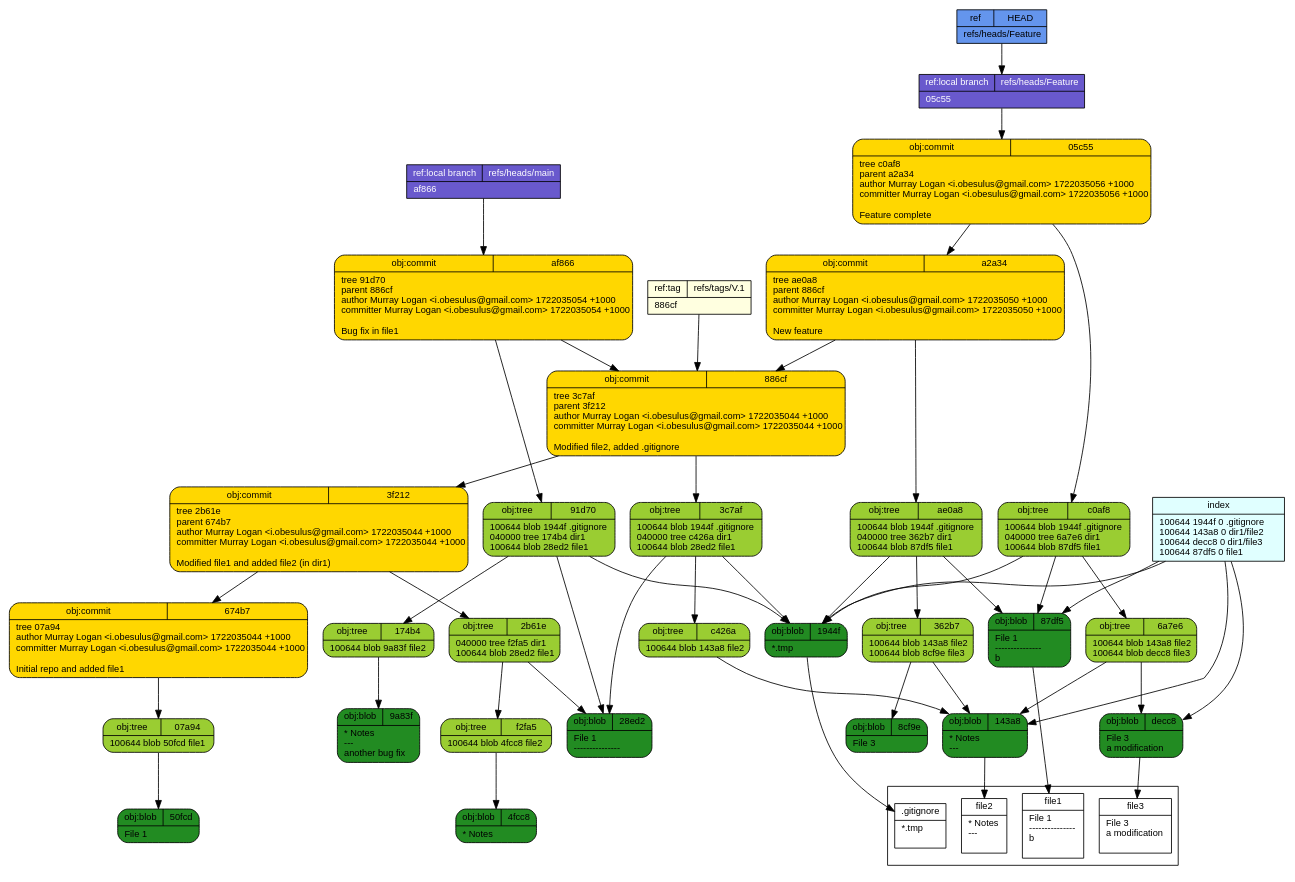
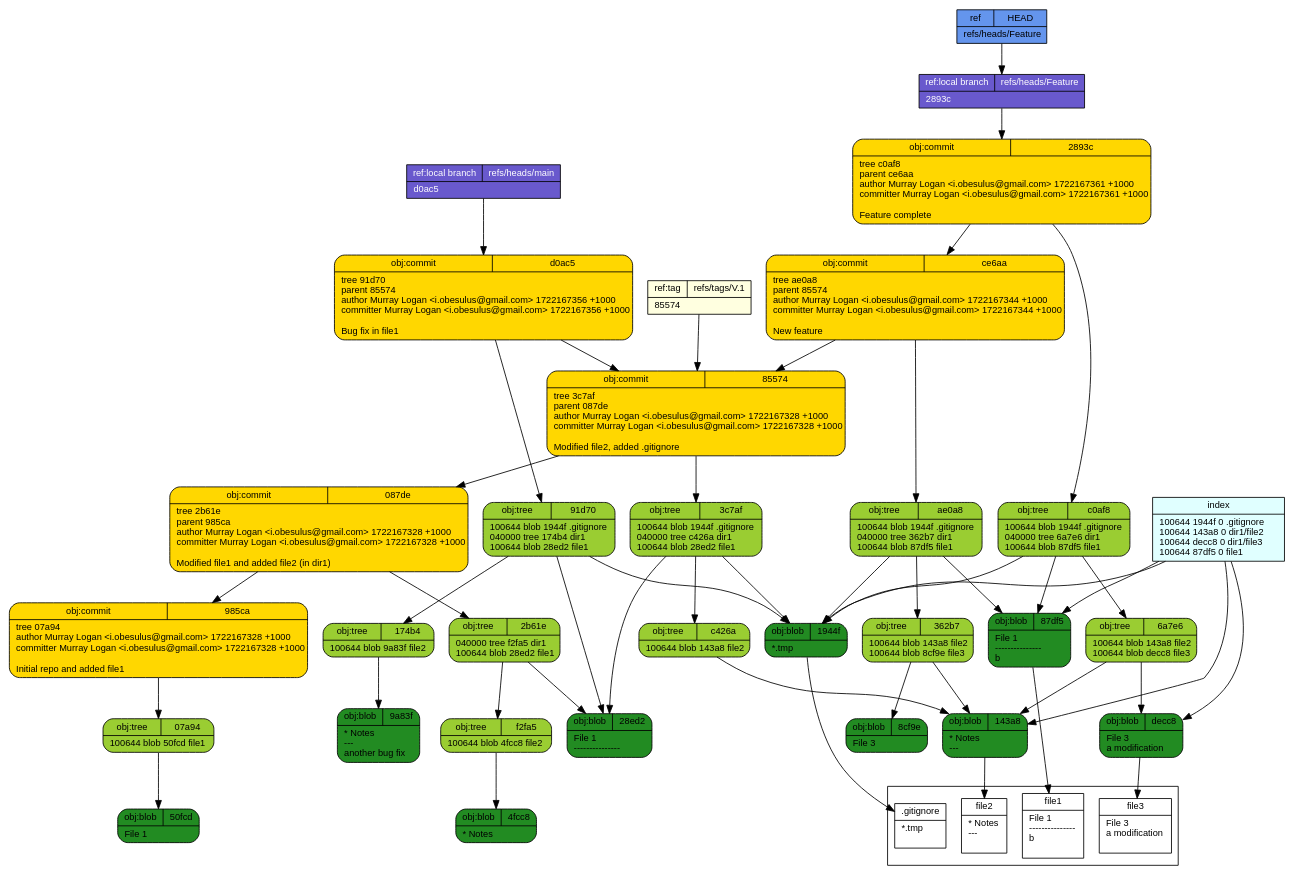
The diagram in tut/git-draw.dot (pcinereus/SUYRs_documents), drawn with Graphviz before and after one commit.

Commit message:
put fonts in

```diff
--- a/tut/git-draw.dot
+++ b/tut/git-draw.dot
@@ -1,59 +1,59 @@
 digraph structs {
   node [shape=record,fontsize=11,fontname="arial"];
   rankdir="TB";
+  _985ca [fillcolor="gold", style="filled,rounded", label="{{obj:commit|985ca}|tree\ 07a94\lauthor\ Murray\ Logan\ \<i\.obesulus\@gmail\.com\>\ 1722167328\ \+1000\lcommitter\ Murray\ Logan\ \<i\.obesulus\@gmail\.com\>\ 1722167328\ \+1000\l\lInitial\ repo\ and\ added\ file1\l}"]  _985ca -> _07a94
+  _85574 [fillcolor="gold", style="filled,rounded", label="{{obj:commit|85574}|tree\ 3c7af\lparent\ 087de\lauthor\ Murray\ Logan\ \<i\.obesulus\@gmail\.com\>\ 1722167328\ \+1000\lcommitter\ Murray\ Logan\ \<i\.obesulus\@gmail\.com\>\ 1722167328\ \+1000\l\lModified\ file2\,\ added\ \.gitignore\l}"]  _85574 -> _3c7af
+  _85574 -> _087de
   _3c7af [fillcolor="yellowgreen", style="filled,rounded", label="{{obj:tree|3c7af}|100644\ blob\ 1944f\	\.gitignore\l040000\ tree\ c426a\	dir1\l100644\ blob\ 28ed2\	file1\l}"]  _3c7af -> _1944f
   _3c7af -> _c426a
   _3c7af -> _28ed2
   _c0af8 [fillcolor="yellowgreen", style="filled,rounded", label="{{obj:tree|c0af8}|100644\ blob\ 1944f\	\.gitignore\l040000\ tree\ 6a7e6\	dir1\l100644\ blob\ 87df5\	file1\l}"]  _c0af8 -> _1944f
   _c0af8 -> _6a7e6
   _c0af8 -> _87df5
   _91d70 [fillcolor="yellowgreen", style="filled,rounded", label="{{obj:tree|91d70}|100644\ blob\ 1944f\	\.gitignore\l040000\ tree\ 174b4\	dir1\l100644\ blob\ 28ed2\	file1\l}"]  _91d70 -> _1944f
   _91d70 -> _174b4
   _91d70 -> _28ed2
   _f2fa5 [fillcolor="yellowgreen", style="filled,rounded", label="{{obj:tree|f2fa5}|100644\ blob\ 4fcc8\	file2\l}"]  _f2fa5 -> _4fcc8
   _174b4 [fillcolor="yellowgreen", style="filled,rounded", label="{{obj:tree|174b4}|100644\ blob\ 9a83f\	file2\l}"]  _174b4 -> _9a83f
   _07a94 [fillcolor="yellowgreen", style="filled,rounded", label="{{obj:tree|07a94}|100644\ blob\ 50fcd\	file1\l}"]  _07a94 -> _50fcd
-  _af866 [fillcolor="gold", style="filled,rounded", label="{{obj:commit|af866}|tree\ 91d70\lparent\ 886cf\lauthor\ Murray\ Logan\ \<i\.obesulus\@gmail\.com\>\ 1722035054\ \+1000\lcommitter\ Murray\ Logan\ \<i\.obesulus\@gmail\.com\>\ 1722035054\ \+1000\l\lBug\ fix\ in\ file1\l}"]  _af866 -> _91d70
-  _af866 -> _886cf
-  _50fcd [fillcolor="forestgreen", style="filled,rounded", label="{{obj:blob|50fcd}|File\ 1\l}"]  _8cf9e [fillcolor="forestgreen", style="filled,rounded", label="{{obj:blob|8cf9e}|File\ 3\l}"]  _143a8 [fillcolor="forestgreen", style="filled,rounded", label="{{obj:blob|143a8}|\*\ Notes\l\-\-\-\l}"]  _28ed2 [fillcolor="forestgreen", style="filled,rounded", label="{{obj:blob|28ed2}|File\ 1\l\-\-\-\-\-\-\-\-\-\-\-\-\-\-\-\l}"]  _a2a34 [fillcolor="gold", style="filled,rounded", label="{{obj:commit|a2a34}|tree\ ae0a8\lparent\ 886cf\lauthor\ Murray\ Logan\ \<i\.obesulus\@gmail\.com\>\ 1722035050\ \+1000\lcommitter\ Murray\ Logan\ \<i\.obesulus\@gmail\.com\>\ 1722035050\ \+1000\l\lNew\ feature\l}"]  _a2a34 -> _ae0a8
-  _a2a34 -> _886cf
-  _886cf [fillcolor="gold", style="filled,rounded", label="{{obj:commit|886cf}|tree\ 3c7af\lparent\ 3f212\lauthor\ Murray\ Logan\ \<i\.obesulus\@gmail\.com\>\ 1722035044\ \+1000\lcommitter\ Murray\ Logan\ \<i\.obesulus\@gmail\.com\>\ 1722035044\ \+1000\l\lModified\ file2\,\ added\ \.gitignore\l}"]  _886cf -> _3c7af
-  _886cf -> _3f212
-  _3f212 [fillcolor="gold", style="filled,rounded", label="{{obj:commit|3f212}|tree\ 2b61e\lparent\ 674b7\lauthor\ Murray\ Logan\ \<i\.obesulus\@gmail\.com\>\ 1722035044\ \+1000\lcommitter\ Murray\ Logan\ \<i\.obesulus\@gmail\.com\>\ 1722035044\ \+1000\l\lModified\ file1\ and\ added\ file2\ \(in\ dir1\)\l}"]  _3f212 -> _2b61e
-  _3f212 -> _674b7
-  _674b7 [fillcolor="gold", style="filled,rounded", label="{{obj:commit|674b7}|tree\ 07a94\lauthor\ Murray\ Logan\ \<i\.obesulus\@gmail\.com\>\ 1722035044\ \+1000\lcommitter\ Murray\ Logan\ \<i\.obesulus\@gmail\.com\>\ 1722035044\ \+1000\l\lInitial\ repo\ and\ added\ file1\l}"]  _674b7 -> _07a94
+  _d0ac5 [fillcolor="gold", style="filled,rounded", label="{{obj:commit|d0ac5}|tree\ 91d70\lparent\ 85574\lauthor\ Murray\ Logan\ \<i\.obesulus\@gmail\.com\>\ 1722167356\ \+1000\lcommitter\ Murray\ Logan\ \<i\.obesulus\@gmail\.com\>\ 1722167356\ \+1000\l\lBug\ fix\ in\ file1\l}"]  _d0ac5 -> _91d70
+  _d0ac5 -> _85574
+  _50fcd [fillcolor="forestgreen", style="filled,rounded", label="{{obj:blob|50fcd}|File\ 1\l}"]  _8cf9e [fillcolor="forestgreen", style="filled,rounded", label="{{obj:blob|8cf9e}|File\ 3\l}"]  _143a8 [fillcolor="forestgreen", style="filled,rounded", label="{{obj:blob|143a8}|\*\ Notes\l\-\-\-\l}"]  _28ed2 [fillcolor="forestgreen", style="filled,rounded", label="{{obj:blob|28ed2}|File\ 1\l\-\-\-\-\-\-\-\-\-\-\-\-\-\-\-\l}"]  _2893c [fillcolor="gold", style="filled,rounded", label="{{obj:commit|2893c}|tree\ c0af8\lparent\ ce6aa\lauthor\ Murray\ Logan\ \<i\.obesulus\@gmail\.com\>\ 1722167361\ \+1000\lcommitter\ Murray\ Logan\ \<i\.obesulus\@gmail\.com\>\ 1722167361\ \+1000\l\lFeature\ complete\l}"]  _2893c -> _c0af8
+  _2893c -> _ce6aa
   _2b61e [fillcolor="yellowgreen", style="filled,rounded", label="{{obj:tree|2b61e}|040000\ tree\ f2fa5\	dir1\l100644\ blob\ 28ed2\	file1\l}"]  _2b61e -> _f2fa5
   _2b61e -> _28ed2
   _4fcc8 [fillcolor="forestgreen", style="filled,rounded", label="{{obj:blob|4fcc8}|\*\ Notes\l}"]  _ae0a8 [fillcolor="yellowgreen", style="filled,rounded", label="{{obj:tree|ae0a8}|100644\ blob\ 1944f\	\.gitignore\l040000\ tree\ 362b7\	dir1\l100644\ blob\ 87df5\	file1\l}"]  _ae0a8 -> _1944f
   _ae0a8 -> _362b7
   _ae0a8 -> _87df5
-  _05c55 [fillcolor="gold", style="filled,rounded", label="{{obj:commit|05c55}|tree\ c0af8\lparent\ a2a34\lauthor\ Murray\ Logan\ \<i\.obesulus\@gmail\.com\>\ 1722035056\ \+1000\lcommitter\ Murray\ Logan\ \<i\.obesulus\@gmail\.com\>\ 1722035056\ \+1000\l\lFeature\ complete\l}"]  _05c55 -> _c0af8
-  _05c55 -> _a2a34
   _9a83f [fillcolor="forestgreen", style="filled,rounded", label="{{obj:blob|9a83f}|\*\ Notes\l\-\-\-\l\ another\ bug\ fix\l}"]  _6a7e6 [fillcolor="yellowgreen", style="filled,rounded", label="{{obj:tree|6a7e6}|100644\ blob\ 143a8\	file2\l100644\ blob\ decc8\	file3\l}"]  _6a7e6 -> _143a8
   _6a7e6 -> _decc8
   _c426a [fillcolor="yellowgreen", style="filled,rounded", label="{{obj:tree|c426a}|100644\ blob\ 143a8\	file2\l}"]  _c426a -> _143a8
   _1944f [fillcolor="forestgreen", style="filled,rounded", label="{{obj:blob|1944f}|\*\.tmp\l}"]  _362b7 [fillcolor="yellowgreen", style="filled,rounded", label="{{obj:tree|362b7}|100644\ blob\ 143a8\	file2\l100644\ blob\ 8cf9e\	file3\l}"]  _362b7 -> _143a8
   _362b7 -> _8cf9e
-  _decc8 [fillcolor="forestgreen", style="filled,rounded", label="{{obj:blob|decc8}|File\ 3\l\ a\ modification\l}"]  _87df5 [fillcolor="forestgreen", style="filled,rounded", label="{{obj:blob|87df5}|File\ 1\l\-\-\-\-\-\-\-\-\-\-\-\-\-\-\-\lb\l}"]  _refs___heads___Feature [style=filled, fillcolor=slateblue3, fontcolor = white,  label="{{ref:local branch|refs\/heads\/Feature}|05c55\l}"]
-  _refs___heads___Feature -> _05c55
-  _refs___heads___main [style=filled, fillcolor=slateblue3, fontcolor = white,  label="{{ref:local branch|refs\/heads\/main}|af866\l}"]
-  _refs___heads___main -> _af866
-  _refs___tags___V___1 [style=filled, fillcolor=lightyellow, fontcolor = black,  label="{{ref:tag|refs\/tags\/V\.1}|886cf\l}"]
-  _refs___tags___V___1 -> _886cf
+  _decc8 [fillcolor="forestgreen", style="filled,rounded", label="{{obj:blob|decc8}|File\ 3\l\ a\ modification\l}"]  _ce6aa [fillcolor="gold", style="filled,rounded", label="{{obj:commit|ce6aa}|tree\ ae0a8\lparent\ 85574\lauthor\ Murray\ Logan\ \<i\.obesulus\@gmail\.com\>\ 1722167344\ \+1000\lcommitter\ Murray\ Logan\ \<i\.obesulus\@gmail\.com\>\ 1722167344\ \+1000\l\lNew\ feature\l}"]  _ce6aa -> _ae0a8
+  _ce6aa -> _85574
+  _087de [fillcolor="gold", style="filled,rounded", label="{{obj:commit|087de}|tree\ 2b61e\lparent\ 985ca\lauthor\ Murray\ Logan\ \<i\.obesulus\@gmail\.com\>\ 1722167328\ \+1000\lcommitter\ Murray\ Logan\ \<i\.obesulus\@gmail\.com\>\ 1722167328\ \+1000\l\lModified\ file1\ and\ added\ file2\ \(in\ dir1\)\l}"]  _087de -> _2b61e
+  _087de -> _985ca
+  _87df5 [fillcolor="forestgreen", style="filled,rounded", label="{{obj:blob|87df5}|File\ 1\l\-\-\-\-\-\-\-\-\-\-\-\-\-\-\-\lb\l}"]  _refs___heads___Feature [style=filled, fillcolor=slateblue3, fontcolor = white,  label="{{ref:local branch|refs\/heads\/Feature}|2893c\l}"]
+  _refs___heads___Feature -> _2893c
+  _refs___heads___main [style=filled, fillcolor=slateblue3, fontcolor = white,  label="{{ref:local branch|refs\/heads\/main}|d0ac5\l}"]
+  _refs___heads___main -> _d0ac5
+  _refs___tags___V___1 [style=filled, fillcolor=lightyellow, fontcolor = black,  label="{{ref:tag|refs\/tags\/V\.1}|85574\l}"]
+  _refs___tags___V___1 -> _85574
   _HEAD [style=filled, fillcolor=cornflowerblue, fontcolor=black,  label="{{ref|HEAD}|refs\/heads\/Feature\l}"]
   _HEAD -> _refs___heads___Feature
   index -> _1944f
   index -> _143a8
   index -> _decc8
   index -> _87df5
   index [style=filled, fillcolor=lightcyan, label="{{index}|100644\ 1944f\ 0\	\.gitignore\l100644\ 143a8\ 0\	dir1\/file2\l100644\ decc8\ 0\	dir1\/file3\l100644\ 87df5\ 0\	file1\l}"]
 subgraph cluster_1 {rank=sink  _gitignore [fillcolor="white", label="{{.gitignore}|*.tmp\l\l}"] 
   _file2 [fillcolor="white", label="{{file2}|* Notes\l---\l\l}"] 
   _file3 [fillcolor="white", label="{{file3}|File 3\l a modification\l\l}"] 
   _file1 [fillcolor="white", label="{{file1}|File 1\l---------------\lb\l\l}"] 
 }
  _1944f -> _gitignore
  _143a8 -> _file2
  _decc8 -> _file3
  _87df5 -> _file1
 }
```
